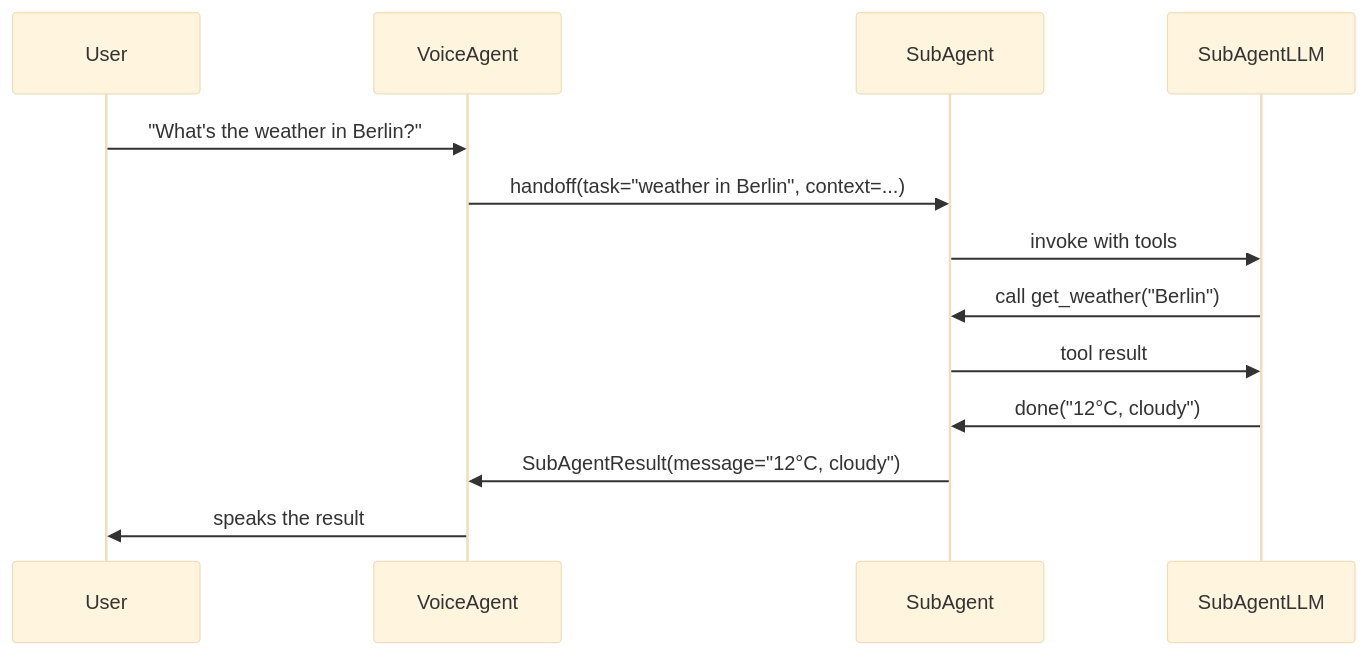
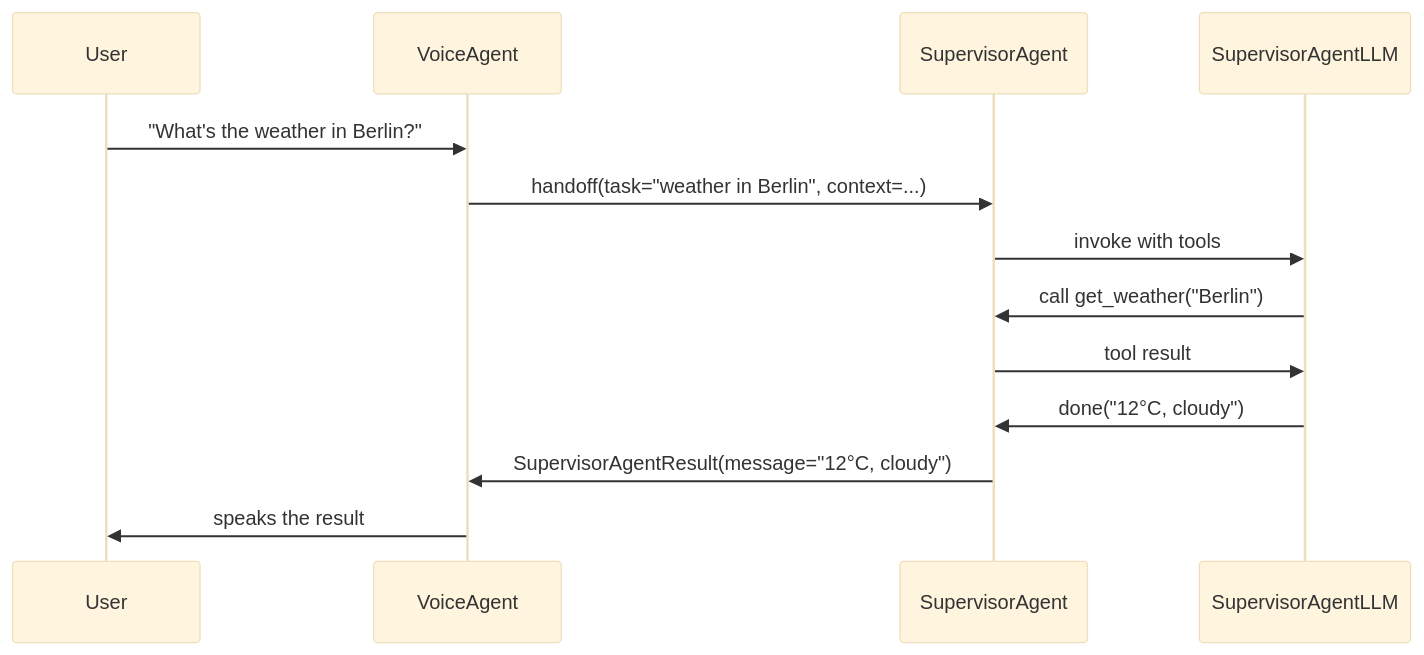
One commit to mathisarends/rtvoice changed the first of 2 diagrams in README.md. Above: the diagram before and after it, drawn with Mermaid (base theme). The commit also changed other lines of this file and 18 other files, not shown here.

````diff
--- a/README.md
+++ b/README.md
@@ -272,16 +272,16 @@
 ```mermaid
 sequenceDiagram
     participant User
     participant VoiceAgent
-    participant SubAgent
-    participant SubAgentLLM
+    participant SupervisorAgent
+    participant SupervisorAgentLLM
 
     User->>VoiceAgent: "What's the weather in Berlin?"
-    VoiceAgent->>SubAgent: handoff(task="weather in Berlin", context=...)
-    SubAgent->>SubAgentLLM: invoke with tools
-    SubAgentLLM->>SubAgent: call get_weather("Berlin")
-    SubAgent->>SubAgentLLM: tool result
-    SubAgentLLM->>SubAgent: done("12°C, cloudy")
-    SubAgent->>VoiceAgent: SubAgentResult(message="12°C, cloudy")
+    VoiceAgent->>SupervisorAgent: handoff(task="weather in Berlin", context=...)
+    SupervisorAgent->>SupervisorAgentLLM: invoke with tools
+    SupervisorAgentLLM->>SupervisorAgent: call get_weather("Berlin")
+    SupervisorAgent->>SupervisorAgentLLM: tool result
+    SupervisorAgentLLM->>SupervisorAgent: done("12°C, cloudy")
+    SupervisorAgent->>VoiceAgent: SupervisorAgentResult(message="12°C, cloudy")
     VoiceAgent->>User: speaks the result
 ```
````
